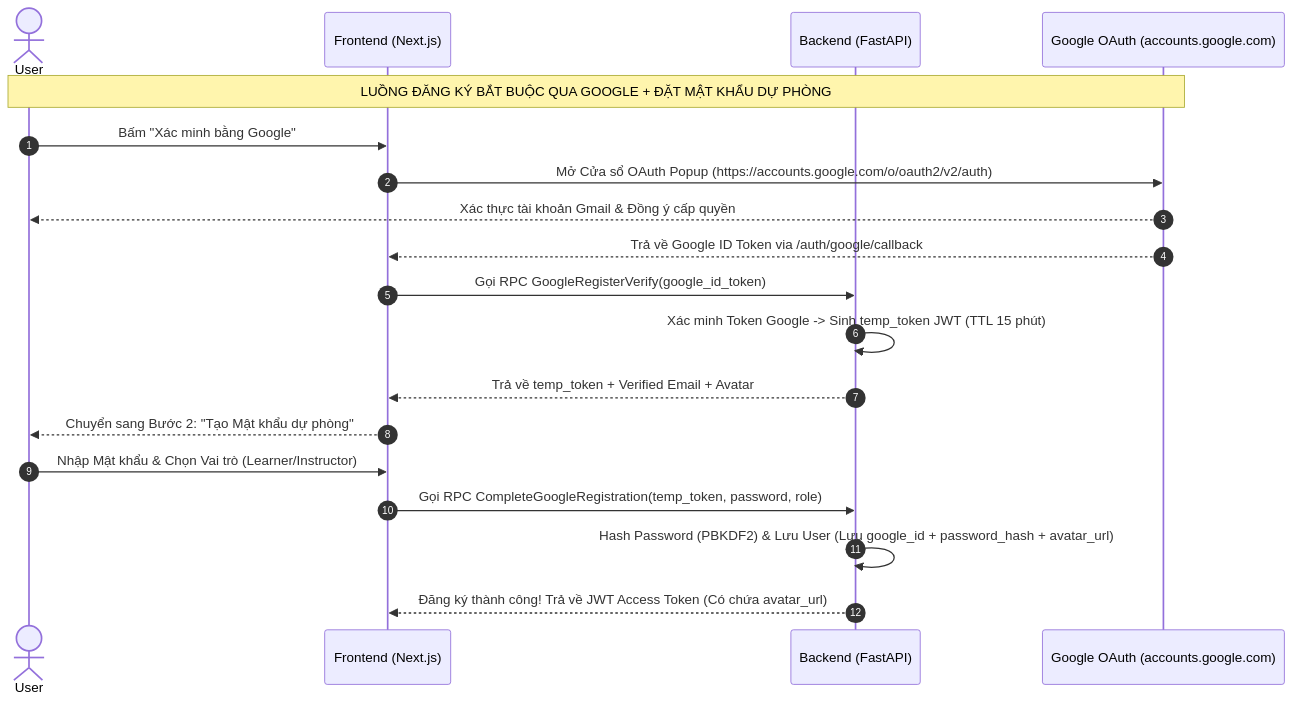
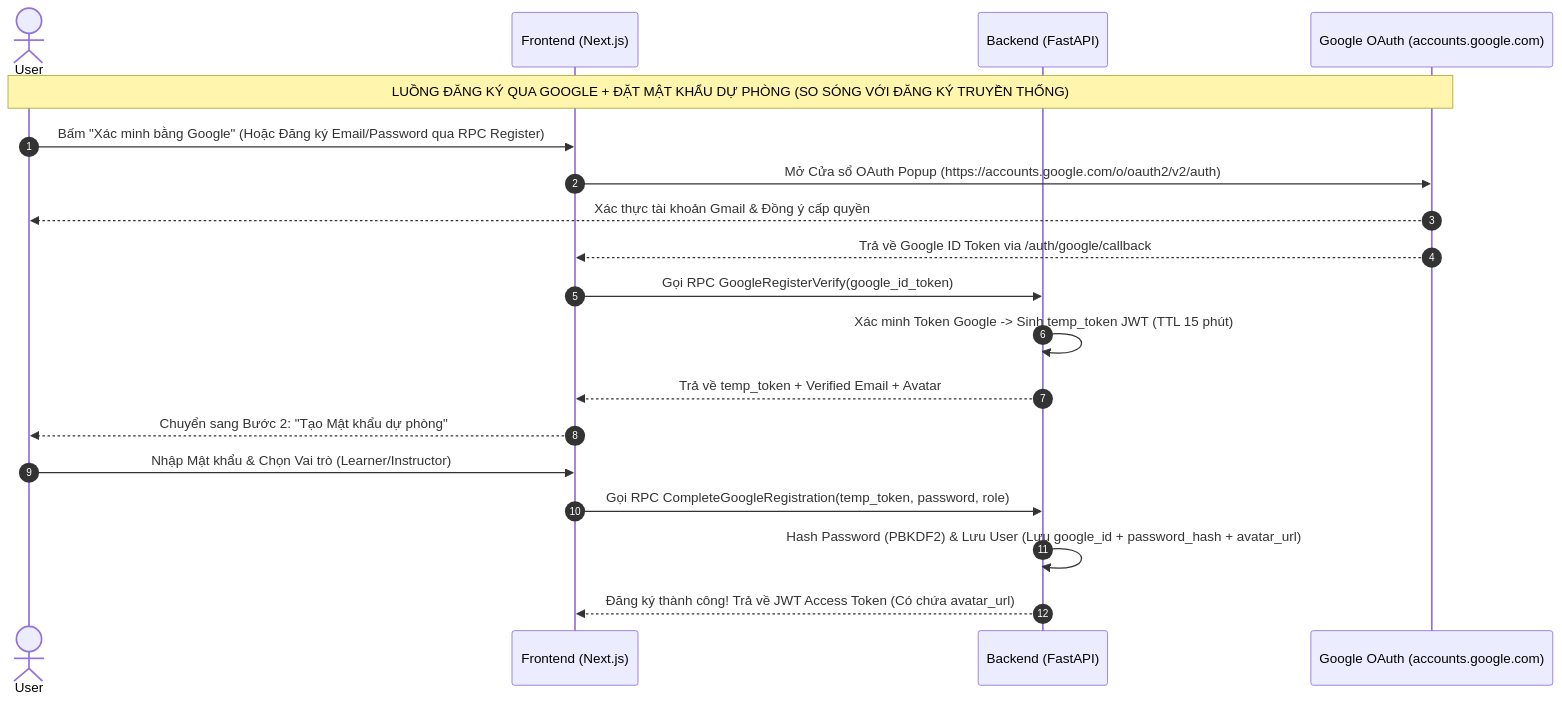
Before and after one commit to tianshi04/lms-ai-study-assistant: the diagram in docs/07_authentication_and_authorization_architecture.md, drawn with Mermaid. The commit also changed other lines of this file and 5 other files, not shown here.

````diff
--- a/docs/07_authentication_and_authorization_architecture.md
+++ b/docs/07_authentication_and_authorization_architecture.md
@@ -90,22 +90,22 @@
 ```mermaid
 sequenceDiagram
     autonumber
     actor User
     participant FE as Frontend (Next.js)
     participant BE as Backend (FastAPI)
     participant GG as Google OAuth (accounts.google.com)
 
-    Note over User, GG: LUỒNG ĐĂNG KÝ BẮT BUỘC QUA GOOGLE + ĐẶT MẬT KHẨU DỰ PHÒNG
-    User->>FE: Bấm "Xác minh bằng Google"
+    Note over User, GG: LUỒNG ĐĂNG KÝ QUA GOOGLE + ĐẶT MẬT KHẨU DỰ PHÒNG (SO SÓNG VỚI ĐĂNG KÝ TRUYỀN THỐNG)
+    User->>FE: Bấm "Xác minh bằng Google" (Hoặc Đăng ký Email/Password qua RPC Register)
     FE->>GG: Mở Cửa sổ OAuth Popup (https://accounts.google.com/o/oauth2/v2/auth)
     GG-->>User: Xác thực tài khoản Gmail & Đồng ý cấp quyền
     GG-->>FE: Trả về Google ID Token via /auth/google/callback
     FE->>BE: Gọi RPC GoogleRegisterVerify(google_id_token)
     BE->>BE: Xác minh Token Google -> Sinh temp_token JWT (TTL 15 phút)
     BE-->>FE: Trả về temp_token + Verified Email + Avatar
     FE-->>User: Chuyển sang Bước 2: "Tạo Mật khẩu dự phòng"
     User->>FE: Nhập Mật khẩu & Chọn Vai trò (Learner/Instructor)
     FE->>BE: Gọi RPC CompleteGoogleRegistration(temp_token, password, role)
     BE->>BE: Hash Password (PBKDF2) & Lưu User (Lưu google_id + password_hash + avatar_url)
     BE-->>FE: Đăng ký thành công! Trả về JWT Access Token (Có chứa avatar_url)
 ```
````
